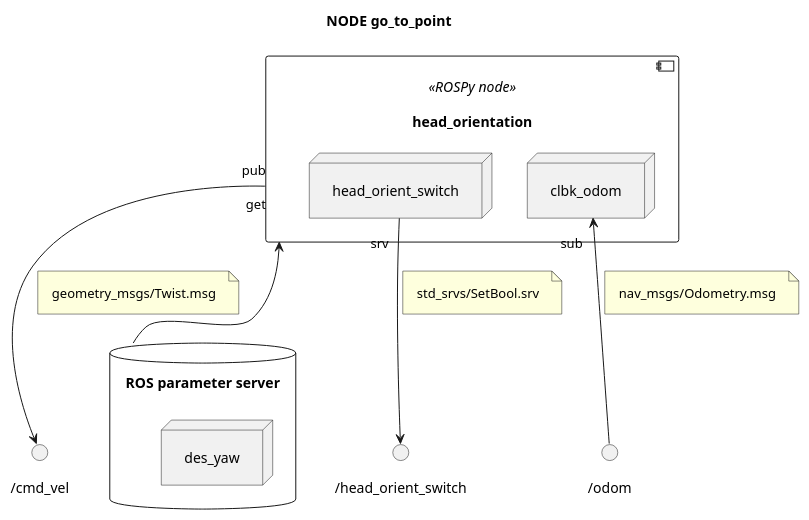
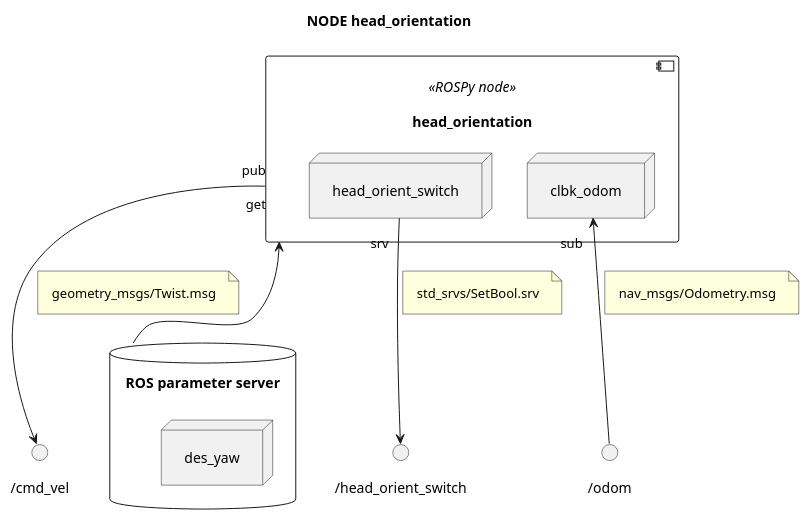
One commit to programmatoroSeduto/ExperimentalRoboticsLab-Assignment-3 changed the diagram in robocluedo_movement_controller/_uml/head-orient.md. Above: the diagram before and after it, drawn with PlantUML. The commit also changed other lines of this file and 486 other files, not shown here.

````diff
--- a/robocluedo_movement_controller/_uml/head-orient.md
+++ b/robocluedo_movement_controller/_uml/head-orient.md
@@ -10,36 +18,36 @@
 ```{uml} 
 @startuml
 
 ''' INFOS
-title NODE go_to_point
+title NODE head_orientation
 skinparam Padding 8
 allow_mixing
 
 
 ''' COMPONENTS
 database "ROS parameter server" as PARAMETERS {
 	node "des_yaw"
 }
 
 component "head_orientation" <<ROSPy node>> as NODE_HEAD_ORIENT {
 	node "head_orient_switch" as NODE_HEAD_ORIENT.SWITCH
 	node "clbk_odom" as NODE_HEAD_ORIENT.READ_ODOM
 	
 }
 
 NODE_HEAD_ORIENT "get" <-- PARAMETERS
 
 () "/cmd_vel" as TOPIC_VEL
 NODE_HEAD_ORIENT "pub" --> TOPIC_VEL
 note on link: geometry_msgs/Twist.msg
 
 () "/odom" as TOPIC_ODOM
 NODE_HEAD_ORIENT.READ_ODOM "sub" <-- TOPIC_ODOM
 note on link: nav_msgs/Odometry.msg
 
 () "/head_orient_switch" as SRV_HEAD_ORIENT_SWITCH
 NODE_HEAD_ORIENT.SWITCH "srv" --> SRV_HEAD_ORIENT_SWITCH
 note on link: std_srvs/SetBool.srv
 
 @enduml
 ```
````
